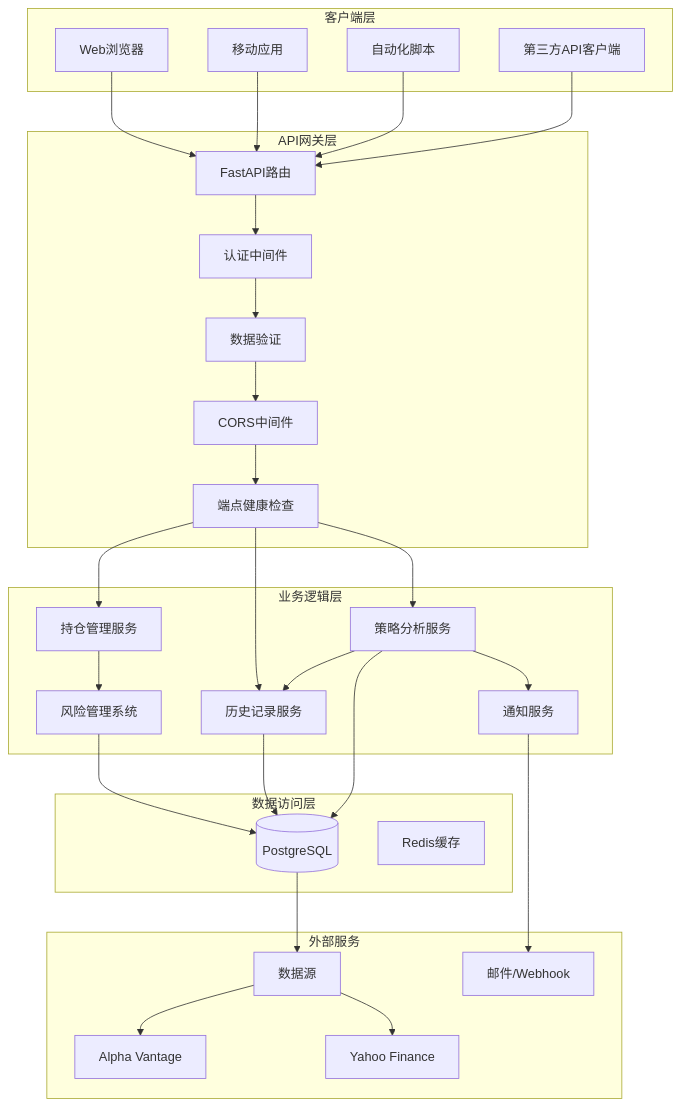
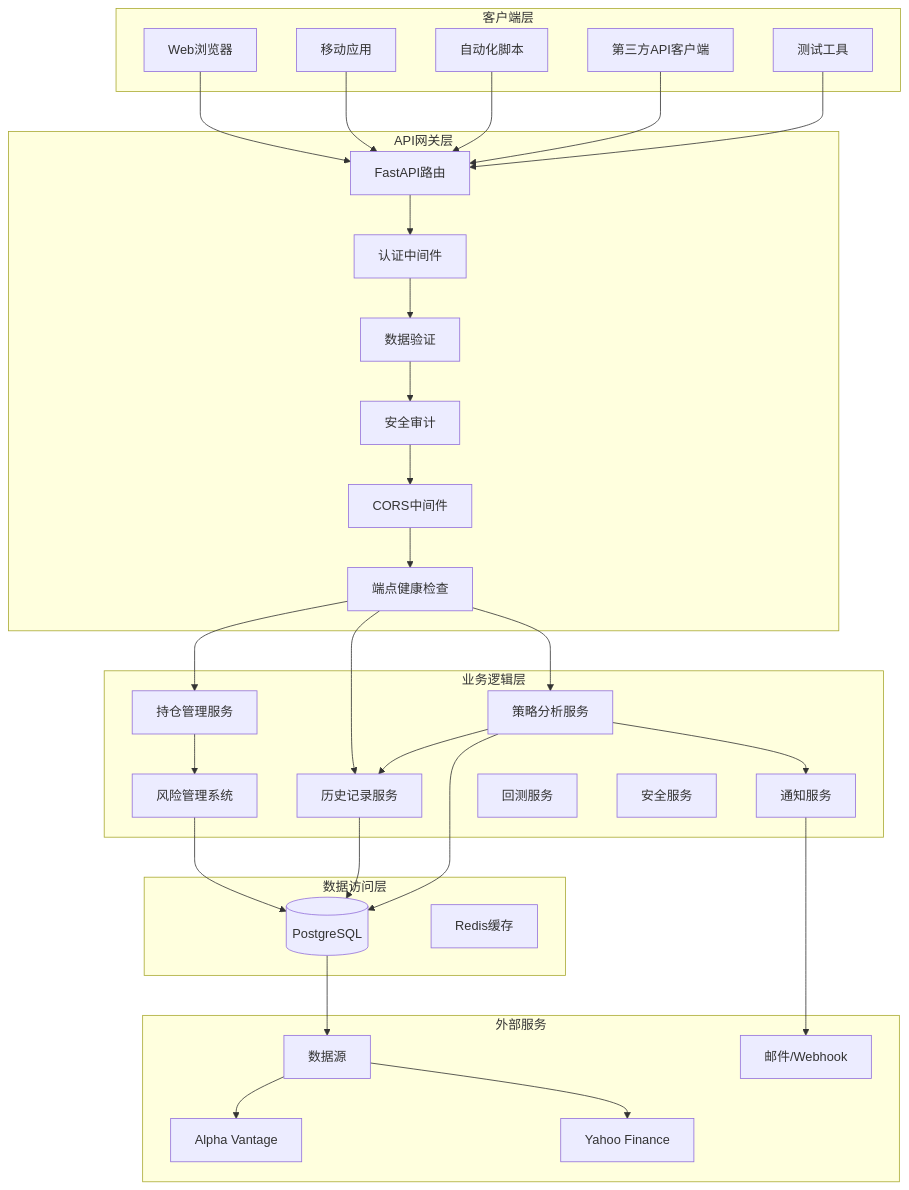
Before and after one commit to raymodny-ai/The-Modern-Turtle-Protocol: the first of 9 diagrams in .qoder/repowiki/zh/content/API接口文档.md, drawn with Mermaid. The commit also changed other lines of this file and 15 other files, not shown here.

````diff
--- a/.qoder/repowiki/zh/content/API接口文档.md
+++ b/.qoder/repowiki/zh/content/API接口文档.md
@@ -48,54 +57,60 @@
 ```mermaid
 graph TD
 subgraph "客户端层"
 WEB[Web浏览器]
 MOBILE[移动应用]
 SCRIPTS[自动化脚本]
 API_CLIENTS[第三方API客户端]
+TEST_TOOLS[测试工具]
 end
 subgraph "API网关层"
 ROUTER[FastAPI路由]
 AUTH[认证中间件]
 VALIDATION[数据验证]
 CORS[CORS中间件]
+SECURITY_AUDIT[安全审计]
 ENDPOINT_HEALTH[端点健康检查]
 end
 subgraph "业务逻辑层"
 ANALYZE_SERVICE[策略分析服务]
 HISTORY_SERVICE[历史记录服务]
 POSITION_SERVICE[持仓管理服务]
 RISK_MANAGER[风险管理系统]
 NOTIFICATION_SERVICE[通知服务]
+BACKTEST_SERVICE[回测服务]
+SECURITY_SERVICE[安全服务]
 end
 subgraph "数据访问层"
 DATABASE[(PostgreSQL)]
 REDIS_CACHE[Redis缓存]
 end
 subgraph "外部服务"
 DATA_SOURCES[数据源]
 ALPHA_VANTAGE[Alpha Vantage]
 YAHOO_FINANCE[Yahoo Finance]
 NOTIFICATION[邮件/Webhook]
 end
 WEB --> ROUTER
 MOBILE --> ROUTER
 SCRIPTS --> ROUTER
 API_CLIENTS --> ROUTER
+TEST_TOOLS --> ROUTER
 ROUTER --> AUTH
 AUTH --> VALIDATION
-VALIDATION --> CORS
+VALIDATION --> SECURITY_AUDIT
+SECURITY_AUDIT --> CORS
 CORS --> ENDPOINT_HEALTH
 ENDPOINT_HEALTH --> ANALYZE_SERVICE
 ENDPOINT_HEALTH --> HISTORY_SERVICE
 ENDPOINT_HEALTH --> POSITION_SERVICE
 ANALYZE_SERVICE --> HISTORY_SERVICE
 ANALYZE_SERVICE --> NOTIFICATION_SERVICE
 POSITION_SERVICE --> RISK_MANAGER
 RISK_MANAGER --> DATABASE
 HISTORY_SERVICE --> DATABASE
 ANALYZE_SERVICE --> DATABASE
 DATABASE --> DATA_SOURCES
 DATA_SOURCES --> YAHOO_FINANCE
 DATA_SOURCES --> ALPHA_VANTAGE
 NOTIFICATION_SERVICE --> NOTIFICATION
 ```
````
